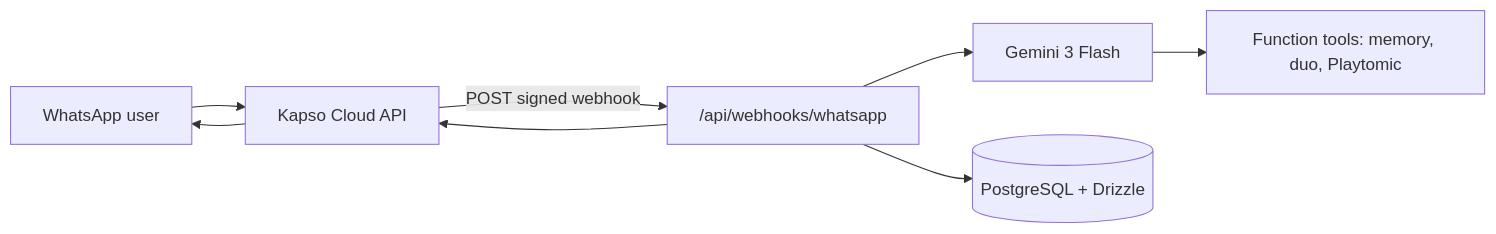
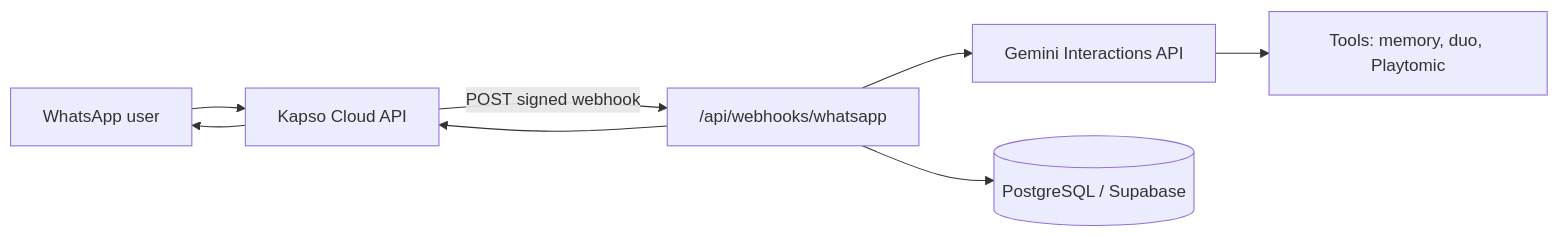
One commit to trenchsheikh/lobsmash-whatsapp changed the diagram in README.md. Above: the diagram before and after it, drawn with Mermaid. The commit also changed other lines of this file, not shown here.

````diff
--- a/README.md
+++ b/README.md
@@ -24,10 +26,10 @@
 ```mermaid
 flowchart LR
   WA[WhatsApp user] --> Kapso[Kapso Cloud API]
   Kapso -->|POST signed webhook| API["/api/webhooks/whatsapp"]
-  API --> Gemini[Gemini 3 Flash]
-  API --> DB[(PostgreSQL + Drizzle)]
-  Gemini --> Tools[Function tools: memory, duo, Playtomic]
+  API --> Gemini[Gemini Interactions API]
+  API --> DB[(PostgreSQL / Supabase)]
+  Gemini --> Tools[Tools: memory, duo, Playtomic]
   API --> Kapso
   Kapso --> WA
 ```
````
